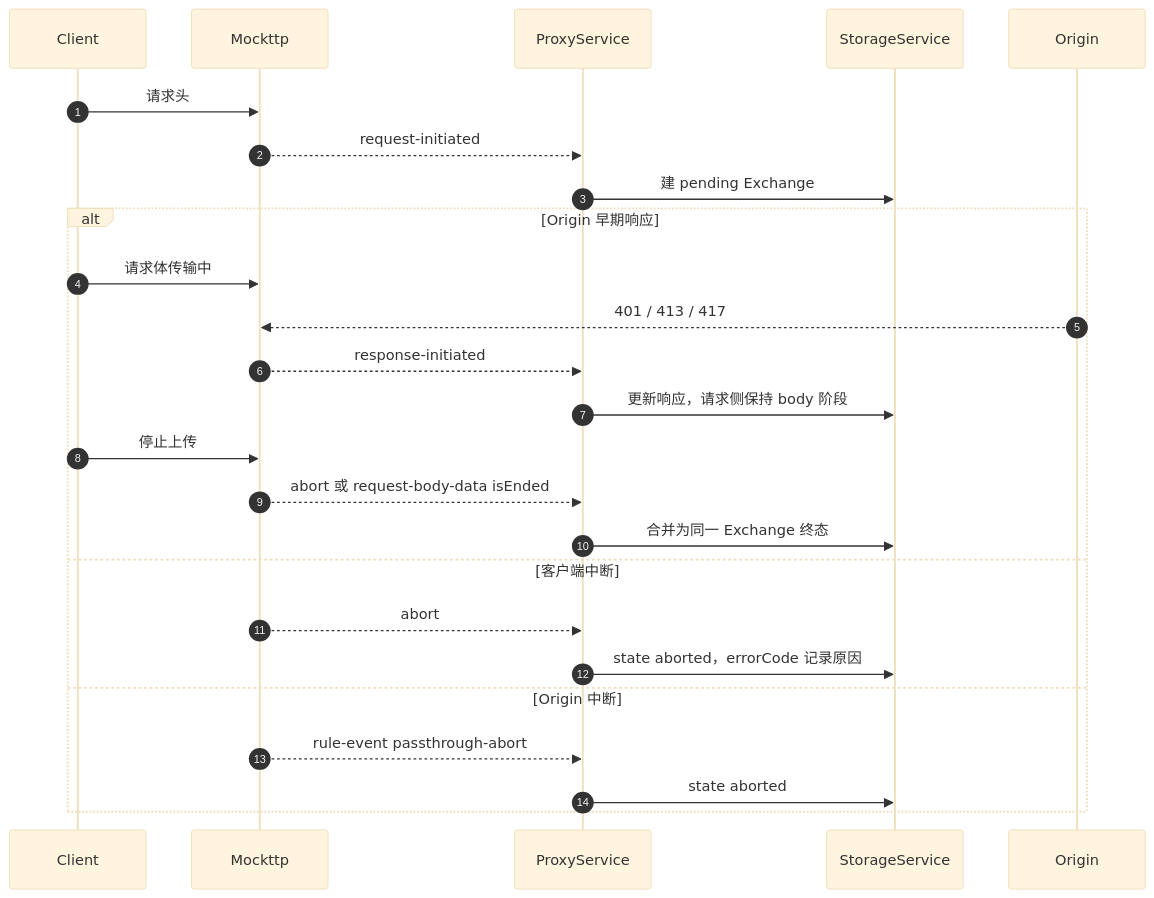
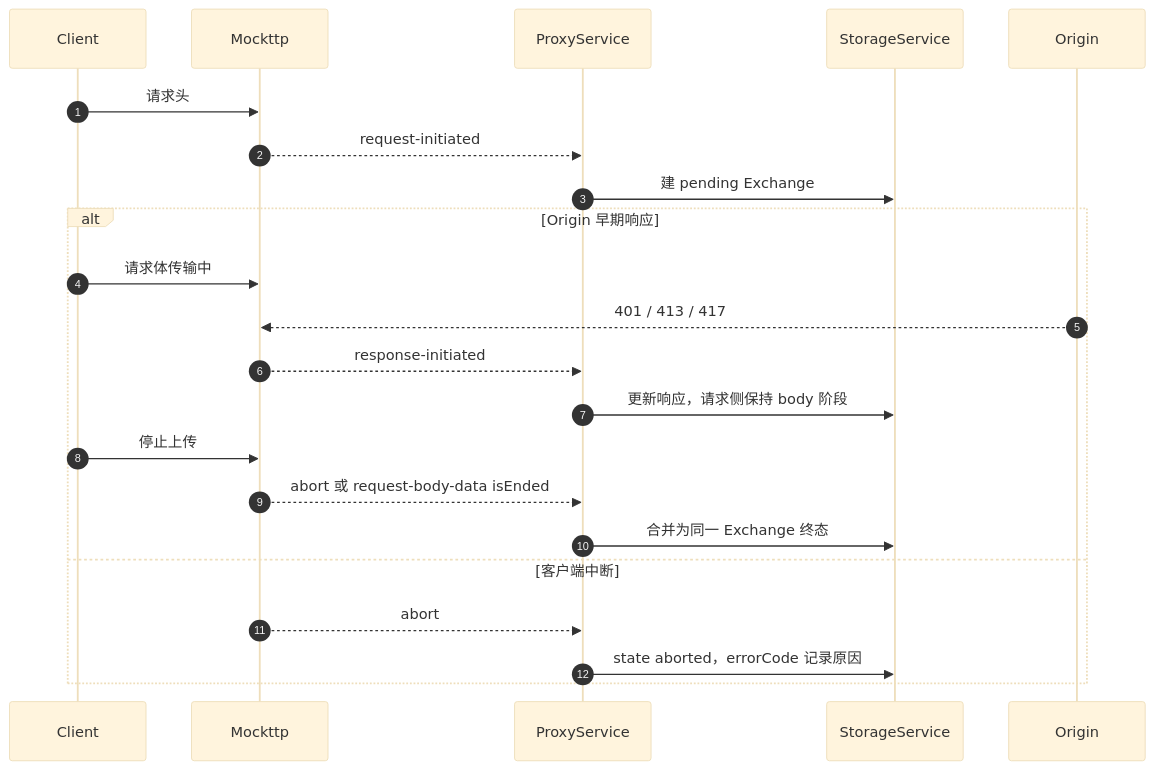
Before and after one commit to zhxmt-xm/Interceptor: the fifth of 8 diagrams in architecture/feature-capture.md, drawn with Mermaid (base theme). The commit also changed other lines of this file and 2 other files, not shown here.

````diff
--- a/architecture/feature-capture.md
+++ b/architecture/feature-capture.md
@@ -353,29 +382,26 @@
 ```mermaid
 sequenceDiagram
     autonumber
     participant Client
     participant Mockttp
     participant Proxy as ProxyService
     participant Storage as StorageService
     participant Origin
 
     Client->>Mockttp: 请求头
     Mockttp-->>Proxy: request-initiated
     Proxy->>Storage: 建 pending Exchange
 
     alt Origin 早期响应
         Client->>Mockttp: 请求体传输中
         Origin-->>Mockttp: 401 / 413 / 417
         Mockttp-->>Proxy: response-initiated
         Proxy->>Storage: 更新响应，请求侧保持 body 阶段
         Client->>Mockttp: 停止上传
         Mockttp-->>Proxy: abort 或 request-body-data isEnded
         Proxy->>Storage: 合并为同一 Exchange 终态
     else 客户端中断
         Mockttp-->>Proxy: abort
         Proxy->>Storage: state aborted，errorCode 记录原因
-    else Origin 中断
-        Mockttp-->>Proxy: rule-event passthrough-abort
-        Proxy->>Storage: state aborted
     end
 ```
````
